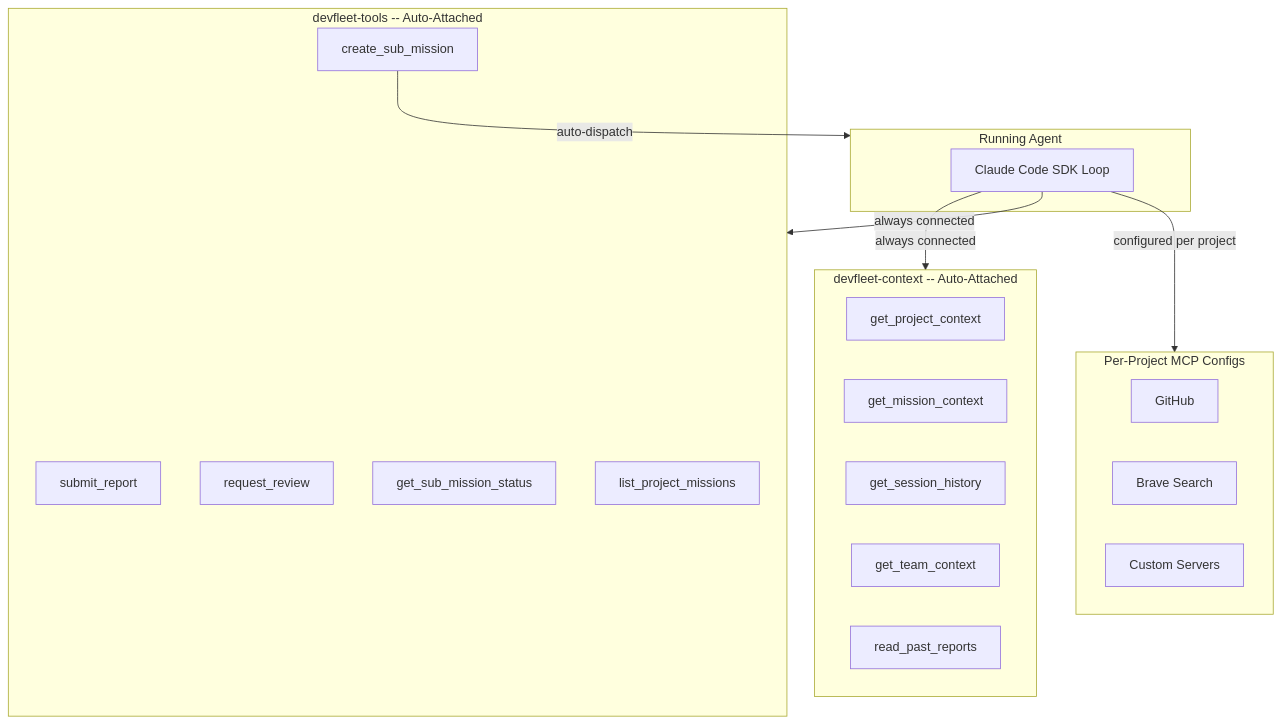
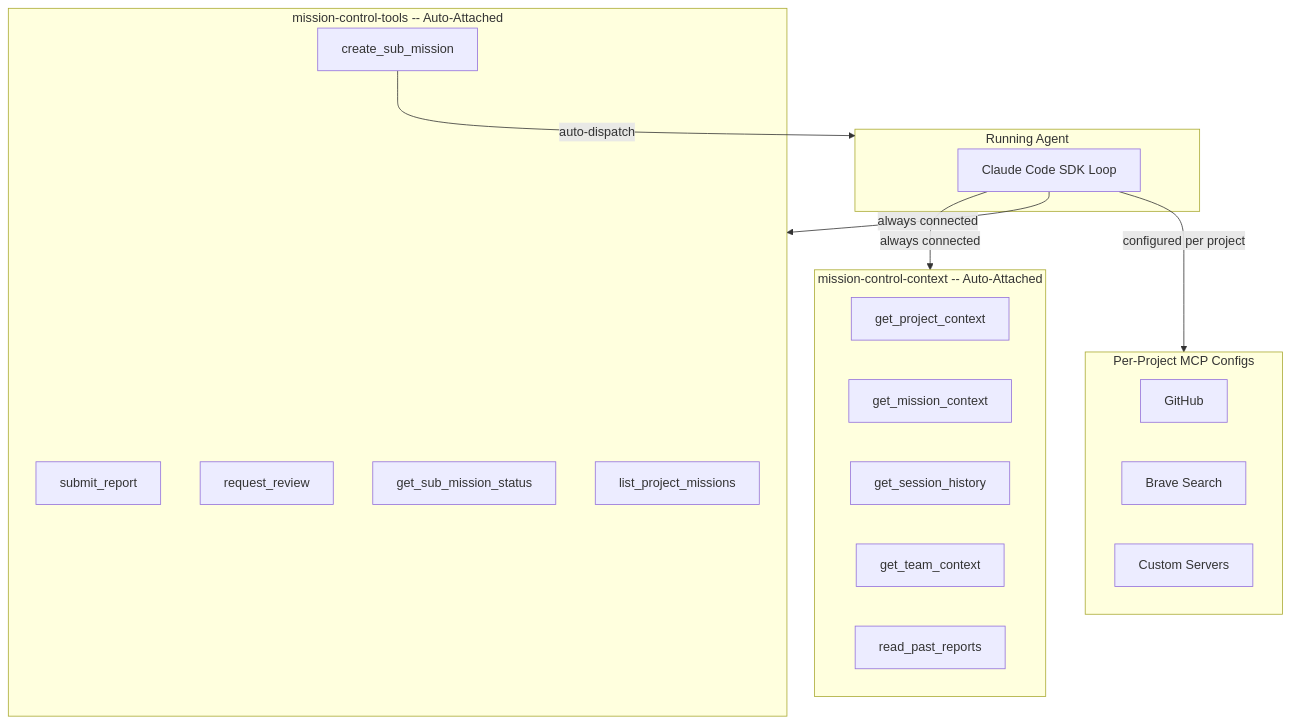
The second of 4 diagrams in diagrams/README.md (Cyvid7-Darus10/claude-mission-control), drawn with Mermaid before and after one commit. The commit also changed other lines of this file and 27 other files, not shown here.

First line of the commit message:
feat: scratch rebuild — new architecture, plan, and research docs

````diff
--- a/diagrams/README.md
+++ b/diagrams/README.md
@@ -54,33 +54,33 @@
 ```mermaid
 graph TD
     subgraph Agent["Running Agent"]
         SDK["Claude Code SDK Loop"]
     end
 
-    subgraph ContextMCP["devfleet-context -- Auto-Attached"]
+    subgraph ContextMCP["mission-control-context -- Auto-Attached"]
         ProjCtx["get_project_context"]
         MissionCtx["get_mission_context"]
         HistoryCtx["get_session_history"]
         TeamCtx["get_team_context"]
         PastReports["read_past_reports"]
     end
 
-    subgraph ToolsMCP["devfleet-tools -- Auto-Attached"]
+    subgraph ToolsMCP["mission-control-tools -- Auto-Attached"]
         SubmitReport["submit_report"]
         CreateSub["create_sub_mission"]
         RequestReview["request_review"]
         SubStatus["get_sub_mission_status"]
         ListMissions["list_project_missions"]
     end
 
     subgraph ExternalMCP["Per-Project MCP Configs"]
         GH["GitHub"]
         Brave["Brave Search"]
         Custom["Custom Servers"]
     end
 
     SDK -->|"always connected"| ContextMCP
     SDK -->|"always connected"| ToolsMCP
     SDK -->|"configured per project"| ExternalMCP
     CreateSub -->|"auto-dispatch"| Agent
 ```
````
